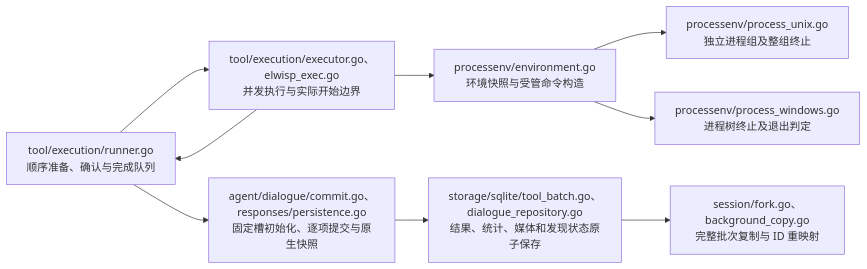
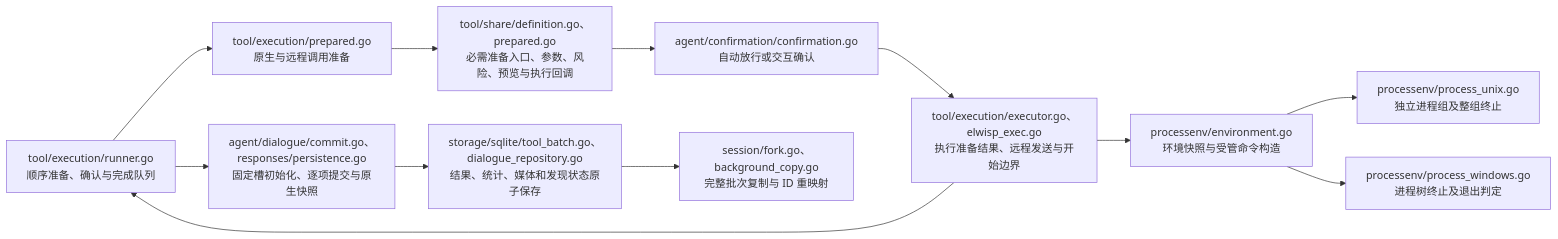
Before and after one commit to Elflare/elbot: the fifth of 14 diagrams in devdocs/architecture.md, drawn with Mermaid. The commit also changed other lines of this file and 13 other files, not shown here.

````diff
--- a/devdocs/architecture.md
+++ b/devdocs/architecture.md
@@ -217,11 +217,14 @@
 ```mermaid
 flowchart LR
-    R["tool/execution/runner.go<br/>顺序准备、确认与完成队列"] --> W["tool/execution/executor.go、elwisp_exec.go<br/>并发执行与实际开始边界"]
+    R["tool/execution/runner.go<br/>顺序准备、确认与完成队列"] --> A["tool/execution/prepared.go<br/>原生与远程调用准备"]
+    A --> D["tool/share/definition.go、prepared.go<br/>必需准备入口、参数、风险、预览与执行回调"]
+    D --> Q["agent/confirmation/confirmation.go<br/>自动放行或交互确认"]
+    Q --> W["tool/execution/executor.go、elwisp_exec.go<br/>执行准备结果、远程发送与开始边界"]
     W --> R
     R --> C["agent/dialogue/commit.go、responses/persistence.go<br/>固定槽初始化、逐项提交与原生快照"]
     C --> S["storage/sqlite/tool_batch.go、dialogue_repository.go<br/>结果、统计、媒体和发现状态原子保存"]
     S --> F["session/fork.go、background_copy.go<br/>完整批次复制与 ID 重映射"]
     W --> P["processenv/environment.go<br/>环境快照与受管命令构造"]
     P --> U["processenv/process_unix.go<br/>独立进程组及整组终止"]
     P --> V["processenv/process_windows.go<br/>进程树终止及退出判定"]
 ```
````
